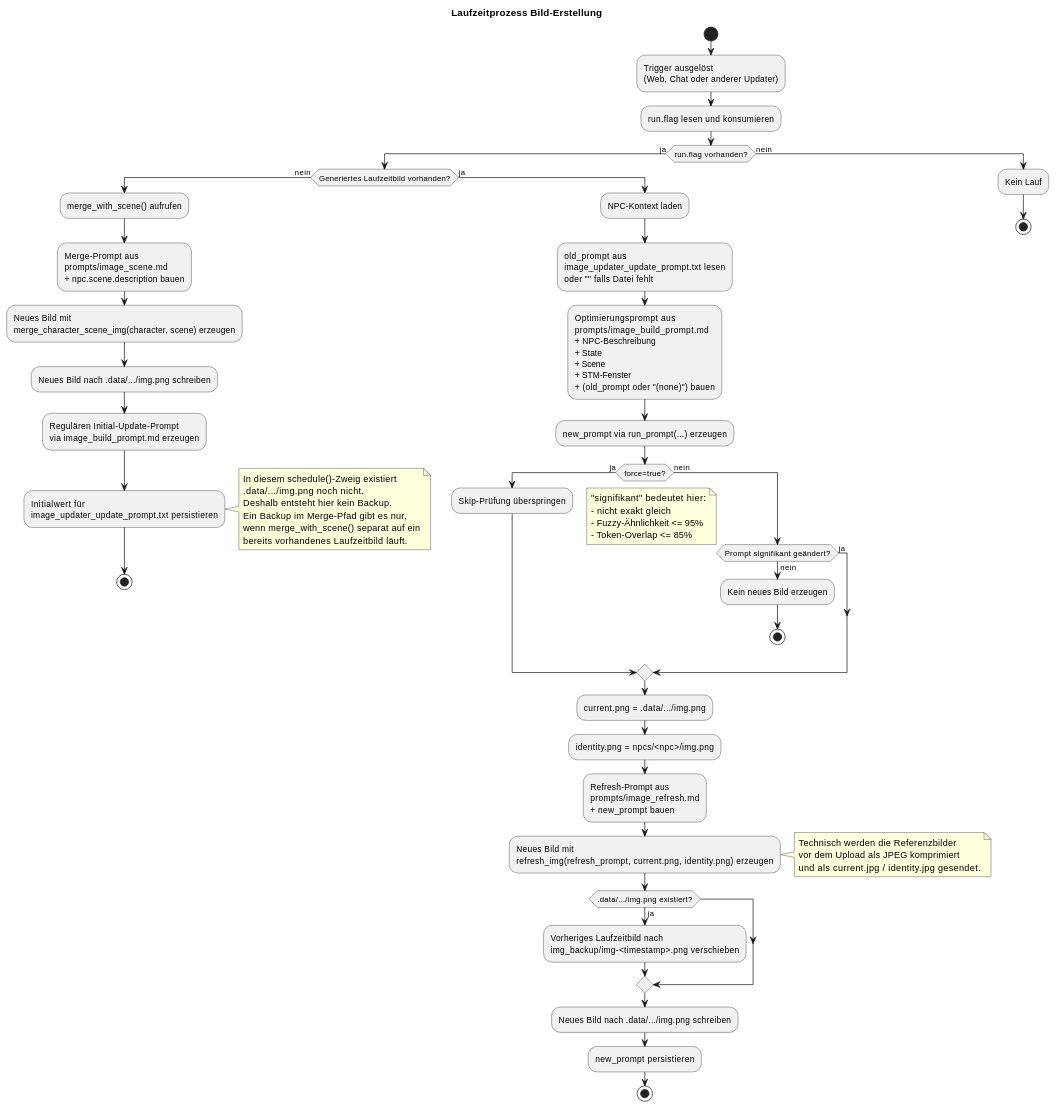
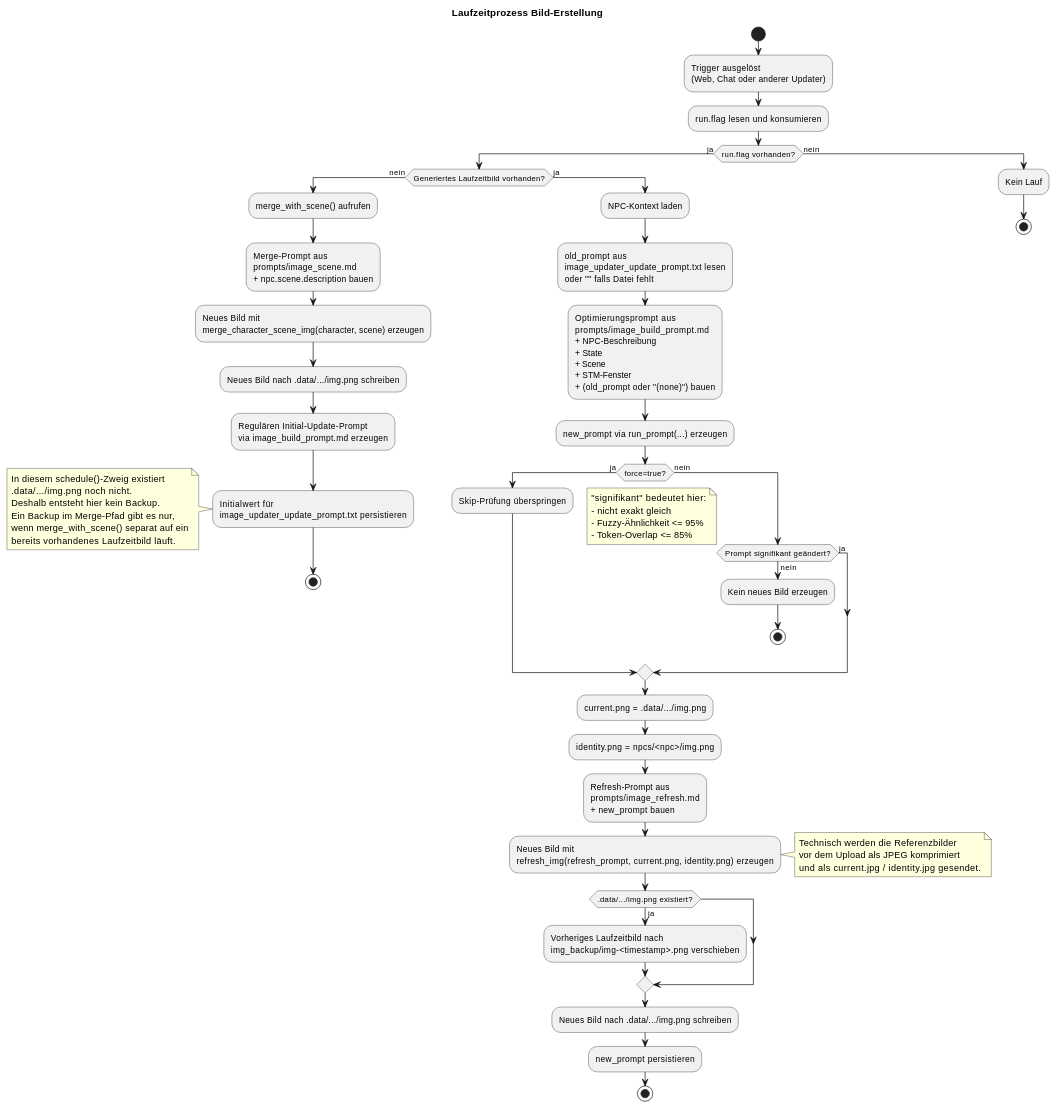
One commit to phoenixrvd/social-game changed the diagram in doc/diagrams/runntime/image-erstellung.md. Above: the diagram before and after it, drawn with PlantUML. The commit also changed other lines of this file and 94 other files, not shown here.

````diff
--- a/doc/diagrams/runntime/image-erstellung.md
+++ b/doc/diagrams/runntime/image-erstellung.md
@@ -188,73 +183,73 @@
 ```plantuml
 @startuml
 title Laufzeitprozess Bild-Erstellung
 
 start
 
 :Trigger ausgelöst\n(Web, Chat oder anderer Updater);
 :run.flag lesen und konsumieren;
 
 if (run.flag vorhanden?) then (ja)
   if (Generiertes Laufzeitbild vorhanden?) then (nein)
     :merge_with_scene() aufrufen;
     :Merge-Prompt aus\nprompts/image_scene.md\n+ npc.scene.description bauen;
     :Neues Bild mit\nmerge_character_scene_img(character, scene) erzeugen;
     :Neues Bild nach .data/.../img.png schreiben;
     :Regulären Initial-Update-Prompt\nvia image_build_prompt.md erzeugen;
     :Initialwert für\nimage_updater_update_prompt.txt persistieren;
-    note right
+    note left
       In diesem schedule()-Zweig existiert
       .data/.../img.png noch nicht.
       Deshalb entsteht hier kein Backup.
       Ein Backup im Merge-Pfad gibt es nur,
       wenn merge_with_scene() separat auf ein
       bereits vorhandenes Laufzeitbild läuft.
     end note
     stop
   else (ja)
     :NPC-Kontext laden;
     :old_prompt aus\nimage_updater_update_prompt.txt lesen\noder "" falls Datei fehlt;
     :Optimierungsprompt aus\nprompts/image_build_prompt.md\n+ NPC-Beschreibung\n+ State\n+ Scene\n+ STM-Fenster\n+ (old_prompt oder "(none)") bauen;
     :new_prompt via run_prompt(...) erzeugen;
 
     if (force=true?) then (ja)
       :Skip-Prüfung überspringen;
     else (nein)
       if (Prompt signifikant geändert?) then (ja)
         note right
           "signifikant" bedeutet hier:
           - nicht exakt gleich
           - Fuzzy-Ähnlichkeit <= 95%
           - Token-Overlap <= 85%
         end note
       else (nein)
         :Kein neues Bild erzeugen;
         stop
       endif
     endif
 
     :current.png = .data/.../img.png;
     :identity.png = npcs/<npc>/img.png;
     :Refresh-Prompt aus\nprompts/image_refresh.md\n+ new_prompt bauen;
     :Neues Bild mit\nrefresh_img(refresh_prompt, current.png, identity.png) erzeugen;
     note right
       Technisch werden die Referenzbilder
       vor dem Upload als JPEG komprimiert
       und als current.jpg / identity.jpg gesendet.
     end note
 
     if (.data/.../img.png existiert?) then (ja)
       :Vorheriges Laufzeitbild nach\nimg_backup/img-<timestamp>.png verschieben;
     endif
 
     :Neues Bild nach .data/.../img.png schreiben;
     :new_prompt persistieren;
     stop
   endif
 else (nein)
   :Kein Lauf;
   stop
 endif
 
 @enduml
 ```
````
